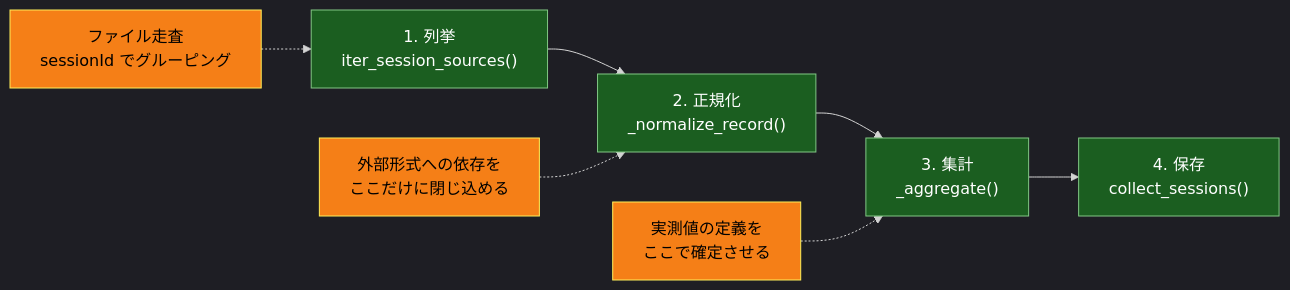
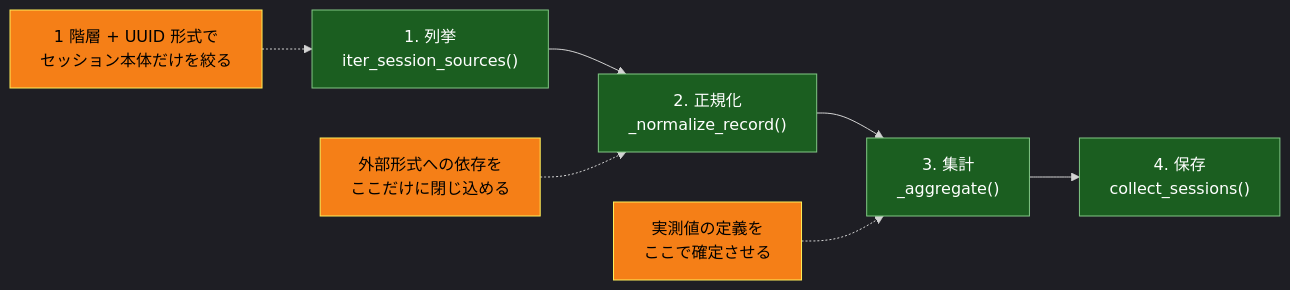
Before and after one commit to ToshikiImagawa/agent-effort-db: the second of 2 diagrams in .sdd/specification/effort-db_design.md, drawn with Mermaid. The commit also changed other lines of this file and 3 other files, not shown here.

````diff
--- a/.sdd/specification/effort-db_design.md
+++ b/.sdd/specification/effort-db_design.md
@@ -160,16 +172,16 @@
 ```mermaid
 %%{init: {'theme': 'dark'}}%%
 graph LR
     A["1. 列挙<br/>iter_session_sources()"] --> B["2. 正規化<br/>_normalize_record()"]
     B --> C["3. 集計<br/>_aggregate()"]
     C --> D["4. 保存<br/>collect_sessions()"]
 
-    A2["ファイル走査<br/>sessionId でグルーピング"] -.-> A
+    A2["1 階層 + UUID 形式で<br/>セッション本体だけを絞る"] -.-> A
     B2["外部形式への依存を<br/>ここだけに閉じ込める"] -.-> B
     C2["実測値の定義を<br/>ここで確定させる"] -.-> C
 
     classDef step fill:#1b5e20,stroke:#81c784,color:#fff
     classDef note fill:#f57f17,stroke:#ffee58,color:#000
     class A,B,C,D step
     class A2,B2,C2 note
 ```
````
